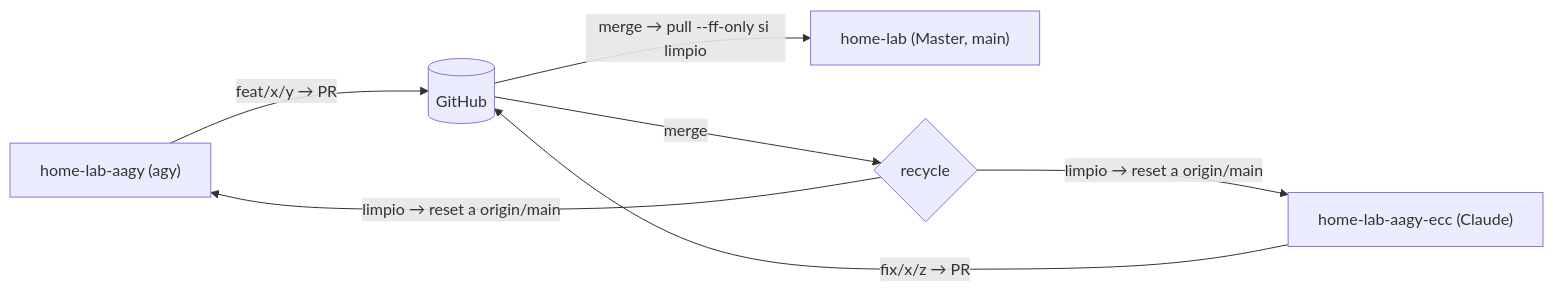
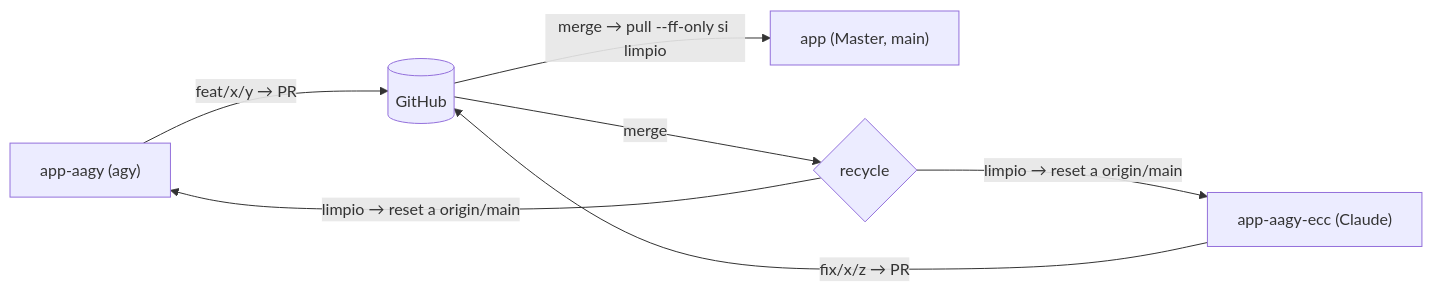
Before and after one commit to ACB75/aagy: the diagram in doc/06-backlog/plans/REQ_aagy_agent_worktrees.md, drawn with Mermaid. The commit also changed other lines of this file and 137 other files, not shown here.

First line of the commit message:
[refactor]-[aagy,aagy-ecc,scripts,doc]: sacar del repo las referencias a proyectos consumidores (#121)

````diff
--- a/doc/06-backlog/plans/REQ_aagy_agent_worktrees.md
+++ b/doc/06-backlog/plans/REQ_aagy_agent_worktrees.md
@@ -91,12 +91,12 @@
 ```mermaid
 flowchart LR
-    P["home-lab (Master, main)"]
-    A["home-lab-aagy (agy)"]
-    C["home-lab-aagy-ecc (Claude)"]
+    P["app (Master, main)"]
+    A["app-aagy (agy)"]
+    C["app-aagy-ecc (Claude)"]
     A -- "feat/x/y → PR" --> G[(GitHub)]
     C -- "fix/x/z → PR" --> G
     G -- "merge" --> R{"recycle"}
     R -- "limpio → reset a origin/main" --> A
     R -- "limpio → reset a origin/main" --> C
     G -- "merge → pull --ff-only si limpio" --> P
 ```
````
